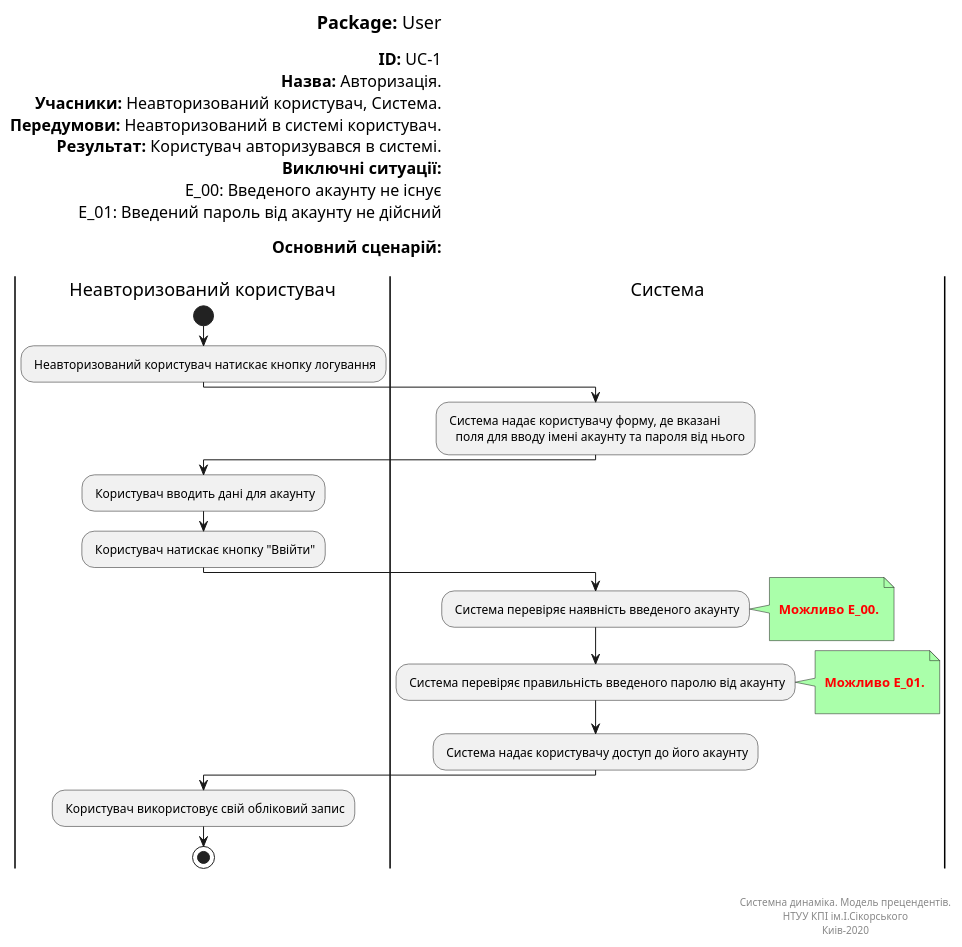
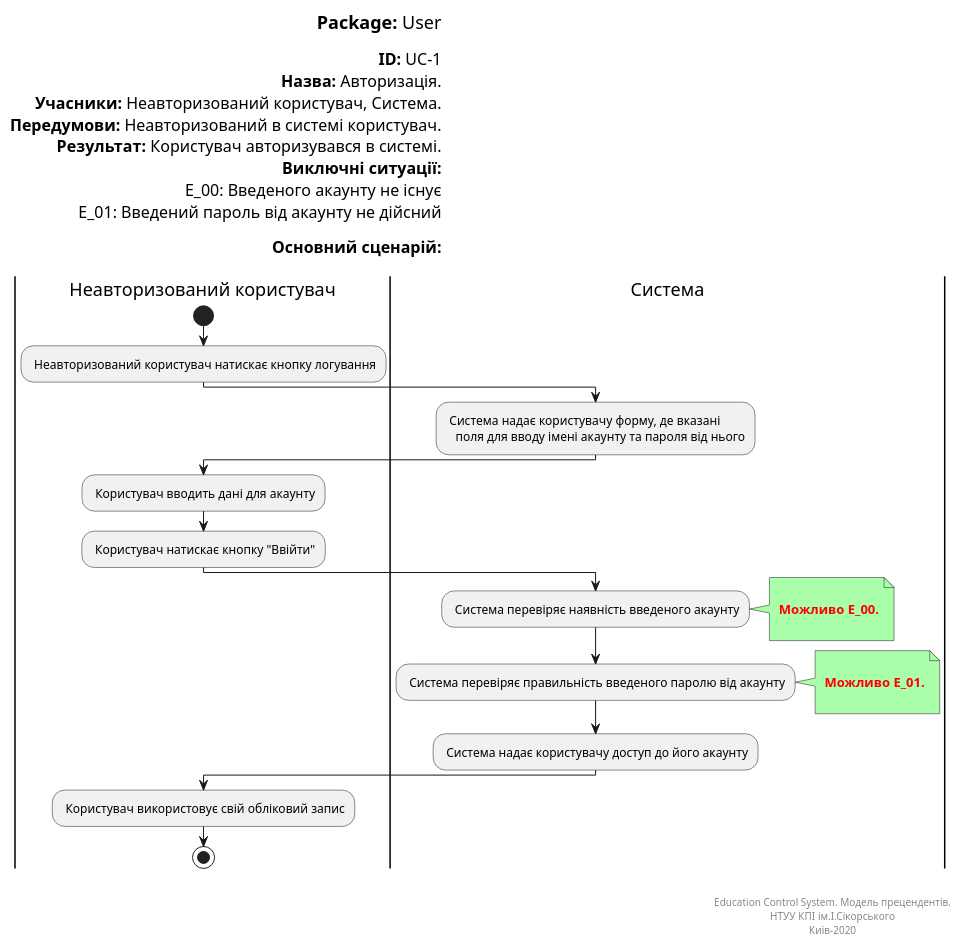
The diagram in UML_Diagrams/unauthorized_user/UC-1.pu (vladlinu/TeamOne), drawn with PlantUML before and after one commit. The commit also changed 7 other files, not shown here.

Commit message:
Changed to Education control system

```diff
--- a/UML_Diagrams/unauthorized_user/UC-1.pu
+++ b/UML_Diagrams/unauthorized_user/UC-1.pu
@@ -1,62 +1,62 @@
 @startuml
 left header
 <font color=000 size=18><b>Package:</b> User
 
 <font color=000 size=16><b>ID:</b> UC-1
 <font color=000 size=16><b>Назва:</b> Авторизація.
 <font color=000 size=16><b>Учасники:</b> Неавторизований користувач, Система.
 <font color=000 size=16><b>Передумови:</b> Неавторизований в системі користувач.
 <font color=000 size=16><b>Результат:</b> Користувач авторизувався в системі.
 <font color=000 size=16><b>Виключні ситуації:</b>
 <font color=000 size=16> E_00: Введеного акаунту не існує
 <font color=000 size=16> E_01: Введений пароль від акаунту не дійсний 
 
 <font color=000 size=16><b>Основний сценарій:</b>
 
 end header
 
 |Неавторизований користувач|
 start
 : Неавторизований користувач натискає кнопку логування;
 
 |Система|
 : Система надає користувачу форму, де вказані
    поля для вводу імені акаунту та пароля від нього;
 
 |Неавторизований користувач|
 : Користувач вводить дані для акаунту;   
 
 : Користувач натискає кнопку "Ввійти";
 
 |Система|
 : Система перевіряє наявність введеного акаунту;
 note right #aaffaa
 
 <font color=red><b> Можливо E_00.
 
 end note
 
 : Система перевіряє правильність введеного паролю від акаунту;
 
 note right #aaffaa
 
 <font color=red><b> Можливо E_01.
 
 end note
 
 : Система надає користувачу доступ до його акаунту;
 
 |Неавторизований користувач|
 
 : Користувач використовує свій обліковий запис;
 
 stop;
 
 right footer
 
 
-Системна динаміка. Модель прецендентів.
+Education Control System. Модель прецендентів.
 НТУУ КПІ ім.І.Сікорського
 Киів-2020
 end footer
 @enduml
```
